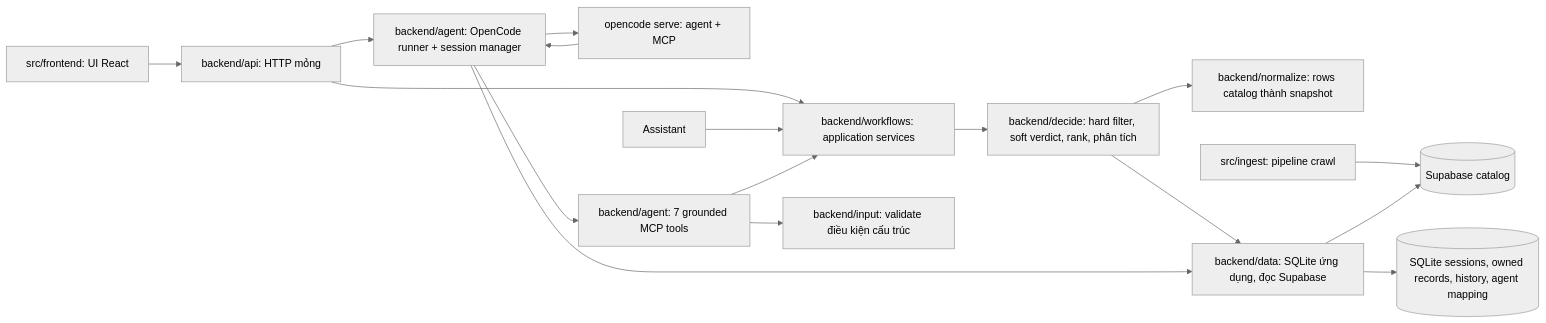
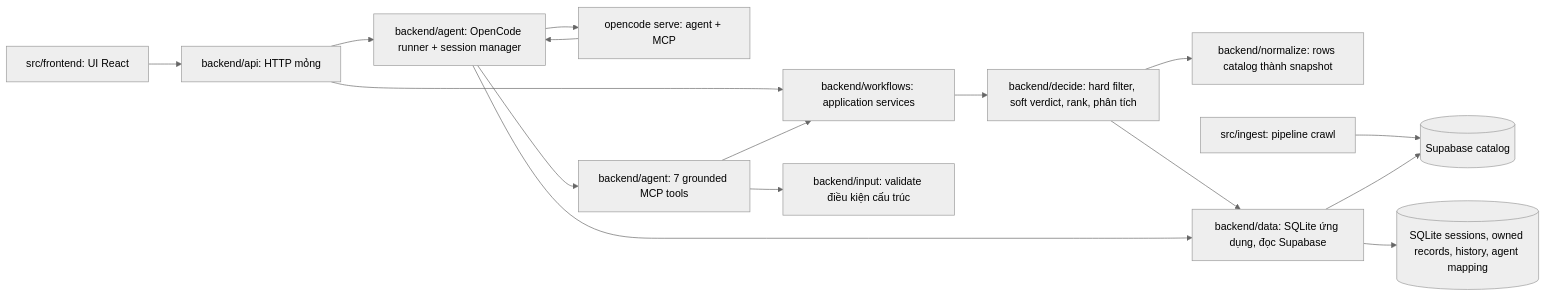
Before and after one commit to graviton711/HCMUS-x-HCMUT---TMA: the diagram in docs/system-architecture.md, drawn with Mermaid (neutral theme). The commit also changed 26 other files, not shown here.

````diff
--- a/docs/system-architecture.md
+++ b/docs/system-architecture.md
@@ -5,19 +5,18 @@
 ```mermaid
 flowchart LR
     Client[src/frontend: UI React] --> API[backend/api: HTTP mỏng]
     API --> Agent[backend/agent: OpenCode runner + session manager]
     Agent --> OpenCode[opencode serve: agent + MCP]
     OpenCode --> Agent
     API --> Workflow[backend/workflows: application services]
-    Assistant --> Workflow
     Agent --> MCP[backend/agent: 7 grounded MCP tools]
     MCP --> Input[backend/input: validate điều kiện cấu trúc]
     MCP --> Workflow
     Workflow --> Decide[backend/decide: hard filter, soft verdict, rank, phân tích]
     Decide --> Norm[backend/normalize: rows catalog thành snapshot]
     Decide --> Data[backend/data: SQLite ứng dụng, đọc Supabase]
     Agent --> Data
     Ingest[src/ingest: pipeline crawl] --> Catalog[(Supabase catalog)]
     Data --> Catalog
     Data --> SQLite[(SQLite sessions, owned records, history, agent mapping)]
 ```
````
